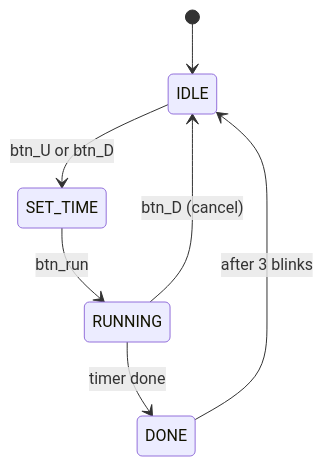
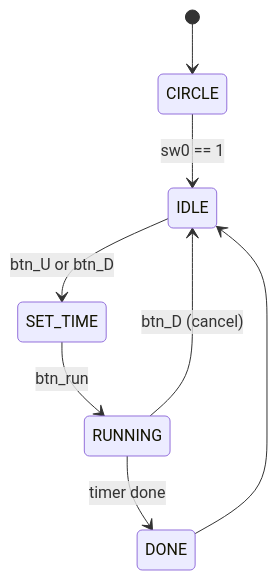
One commit to SE0NGH0/AI_Verilog_HDL changed the diagram in microwave/README.md. Above: the diagram before and after it, drawn with Mermaid.

````diff
--- a/microwave/README.md
+++ b/microwave/README.md
@@ -45,9 +45,10 @@
 ```mermaid
 stateDiagram-v2
-    [*] --> IDLE
+    [*] --> CIRCLE
+    CIRCLE --> IDLE: sw0 == 1
     IDLE --> SET_TIME: btn_U or btn_D
     SET_TIME --> RUNNING: btn_run
     RUNNING --> DONE: timer done
     RUNNING --> IDLE: btn_D (cancel)
-    DONE --> IDLE: after 3 blinks
+    DONE --> IDLE
 ```
````
